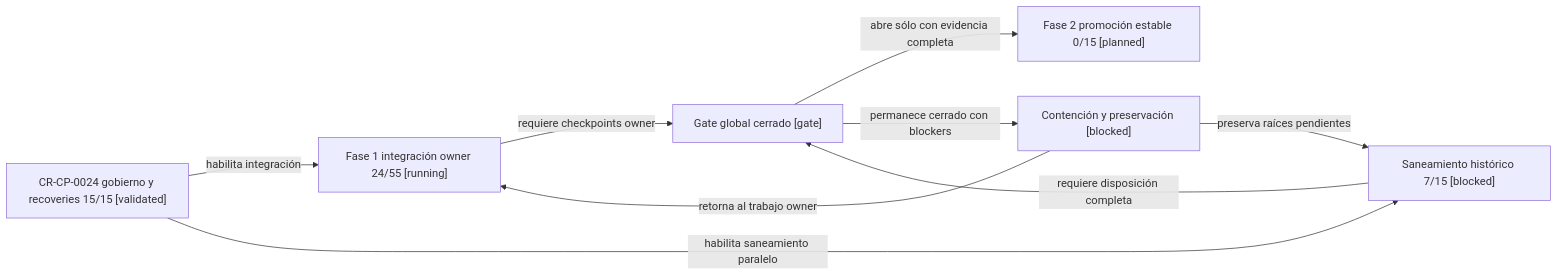
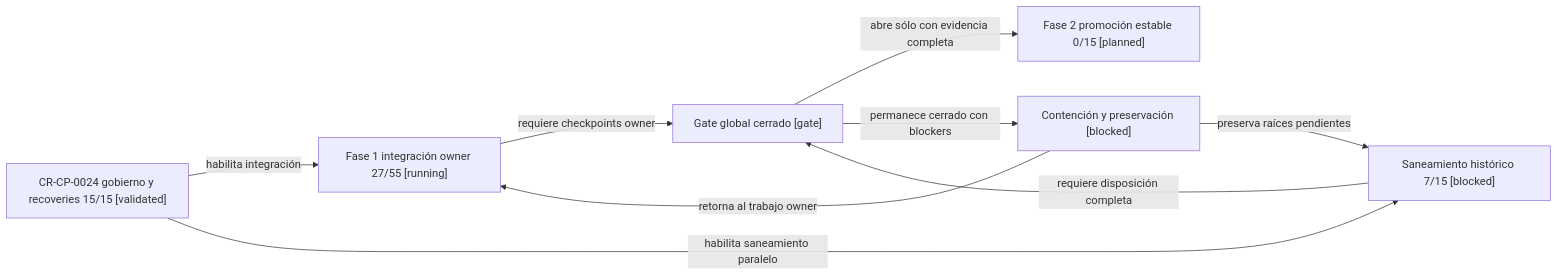
One commit to afpogo/4uentes-ards-control-plane changed the diagram in evidence/requests/CR-CP-0024/program-scoreboard.md. Above: the diagram before and after it, drawn with Mermaid. The commit also changed other lines of this file and 4 other files, not shown here.

````diff
--- a/evidence/requests/CR-CP-0024/program-scoreboard.md
+++ b/evidence/requests/CR-CP-0024/program-scoreboard.md
@@ -48,18 +48,18 @@
 ```mermaid
 flowchart LR
     P0["CR-CP-0024 gobierno y recoveries 15/15 [validated]"]
-    P1["Fase 1 integración owner 24/55 [running]"]
+    P1["Fase 1 integración owner 27/55 [running]"]
     WS["Saneamiento histórico 7/15 [blocked]"]
     G["Gate global cerrado [gate]"]
     P2["Fase 2 promoción estable 0/15 [planned]"]
     B["Contención y preservación [blocked]"]
 
     P0 -->|"habilita integración"| P1
     P0 -->|"habilita saneamiento paralelo"| WS
     P1 -->|"requiere checkpoints owner"| G
     WS -->|"requiere disposición completa"| G
     G -->|"abre sólo con evidencia completa"| P2
     G -->|"permanece cerrado con blockers"| B
     B -->|"retorna al trabajo owner"| P1
     B -->|"preserva raíces pendientes"| WS
 ```
````
